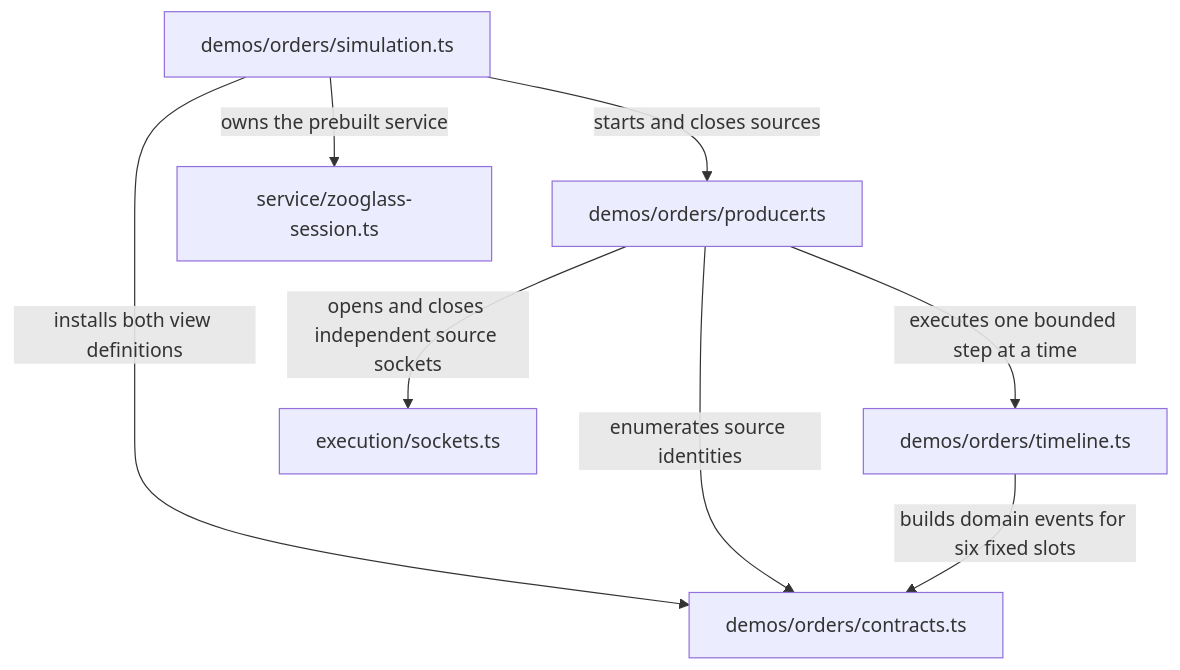
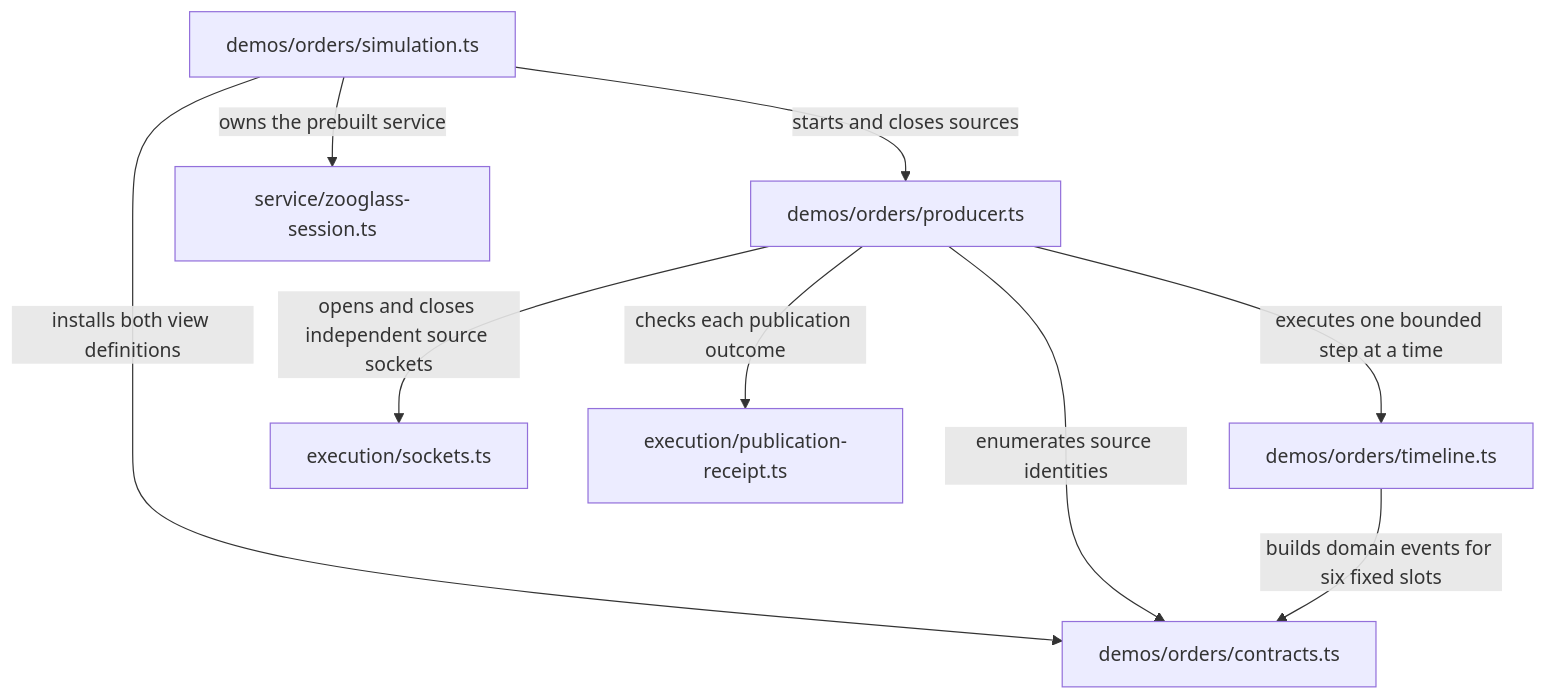
The ninth of 9 diagrams in workbench/docs/source-map.md (sproates/zooglass), drawn with Mermaid before and after one commit. The commit also changed other lines of this file and 451 other files, not shown here.

````diff
--- a/workbench/docs/source-map.md
+++ b/workbench/docs/source-map.md
@@ -390,16 +393,17 @@
 ```mermaid
 flowchart TB
   simulation["demos/orders/simulation.ts"]
   contracts["demos/orders/contracts.ts"]
   producer["demos/orders/producer.ts"]
   timeline["demos/orders/timeline.ts"]
   service["service/zooglass-session.ts"]
   sockets["execution/sockets.ts"]
   simulation -->|installs both view definitions| contracts
   simulation -->|owns the prebuilt service| service
   simulation -->|starts and closes sources| producer
   producer -->|executes one bounded step at a time| timeline
   producer -->|opens and closes independent source sockets| sockets
+  producer -->|checks each publication outcome| receipts["execution/publication-receipt.ts"]
   producer -->|enumerates source identities| contracts
   timeline -->|builds domain events for six fixed slots| contracts
 ```
````
